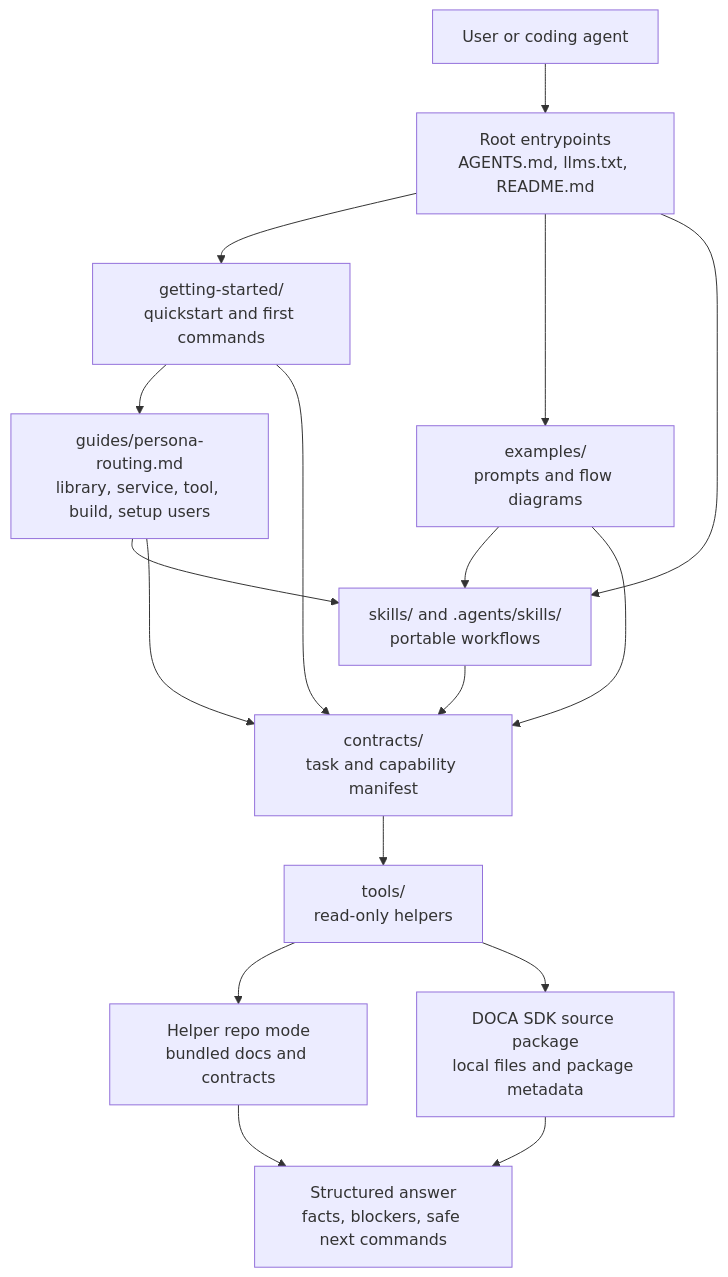
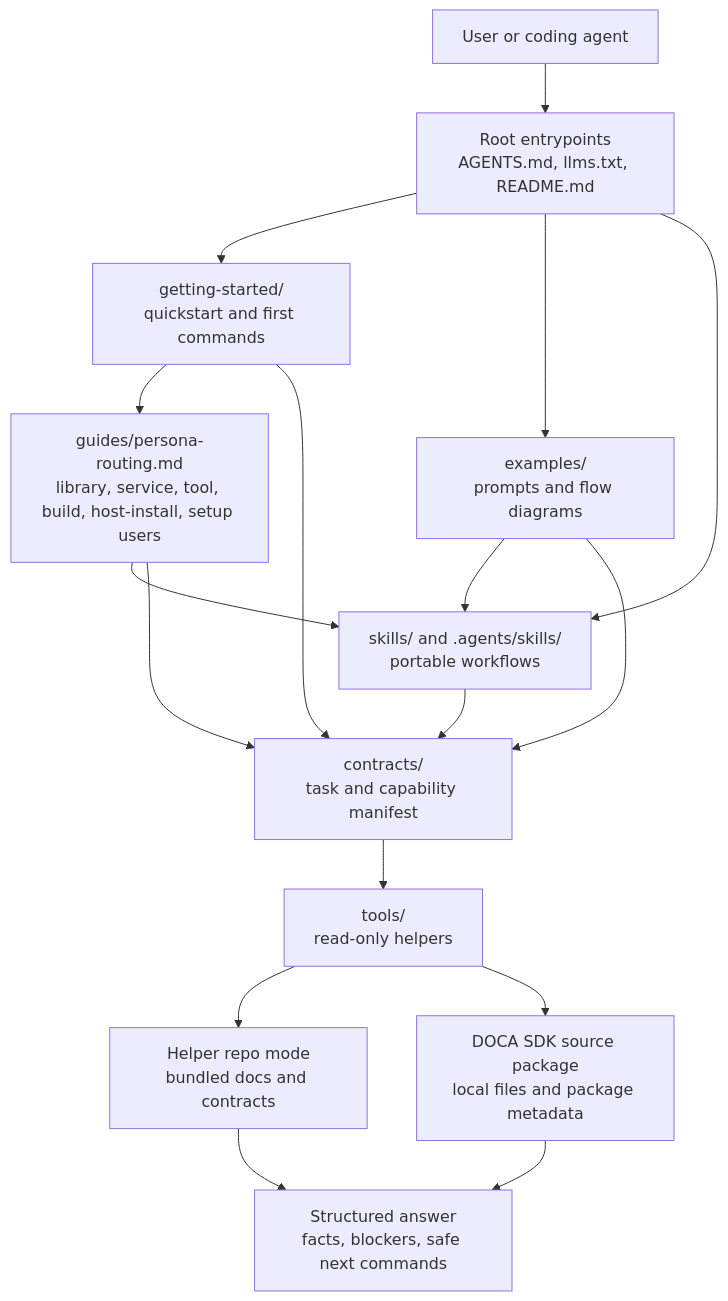
Before and after one commit to NVIDIA-DOCA/doca-skills: the diagram in README.md, drawn with Mermaid. The commit also changed 11 other files, not shown here.

````diff
--- a/README.md
+++ b/README.md
@@ -56,31 +56,31 @@
 ```mermaid
 flowchart TD
     user["User or coding agent"]
     entry["Root entrypoints<br/>AGENTS.md, llms.txt, README.md"]
     guide["getting-started/<br/>quickstart and first commands"]
     examples["examples/<br/>prompts and flow diagrams"]
-    personas["guides/persona-routing.md<br/>library, service, tool, build, setup users"]
+    personas["guides/persona-routing.md<br/>library, service, tool, build, host-install, setup users"]
     skills["skills/ and .agents/skills/<br/>portable workflows"]
     contracts["contracts/<br/>task and capability manifest"]
     tools["tools/<br/>read-only helpers"]
     helper["Helper repo mode<br/>bundled docs and contracts"]
     source["DOCA SDK source package<br/>local files and package metadata"]
     report["Structured answer<br/>facts, blockers, safe next commands"]
 
     user --> entry
     entry --> guide
     entry --> examples
     guide --> personas
     entry --> skills
     personas --> skills
     personas --> contracts
     guide --> contracts
     examples --> skills
     examples --> contracts
     skills --> contracts
     contracts --> tools
     tools --> helper
     tools --> source
     source --> report
     helper --> report
 ```
````
